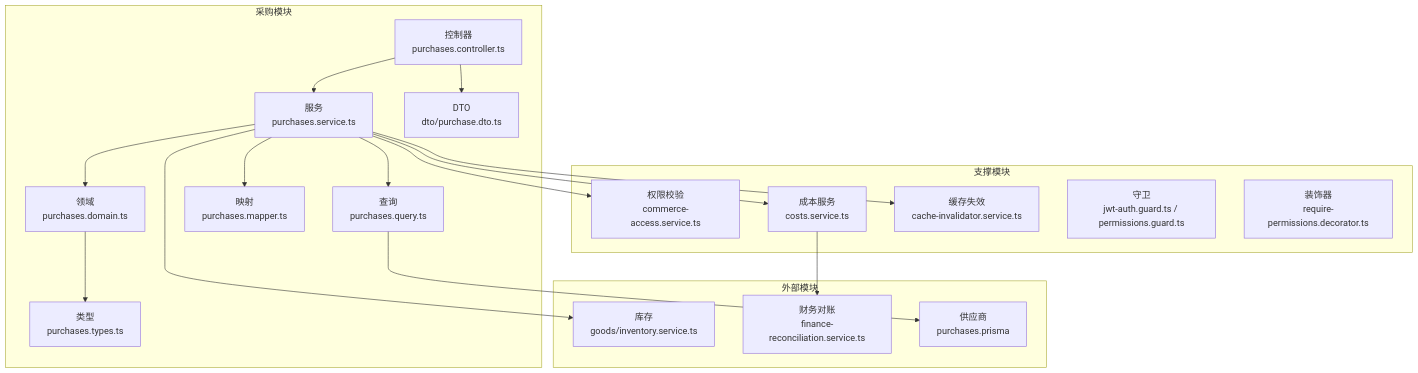
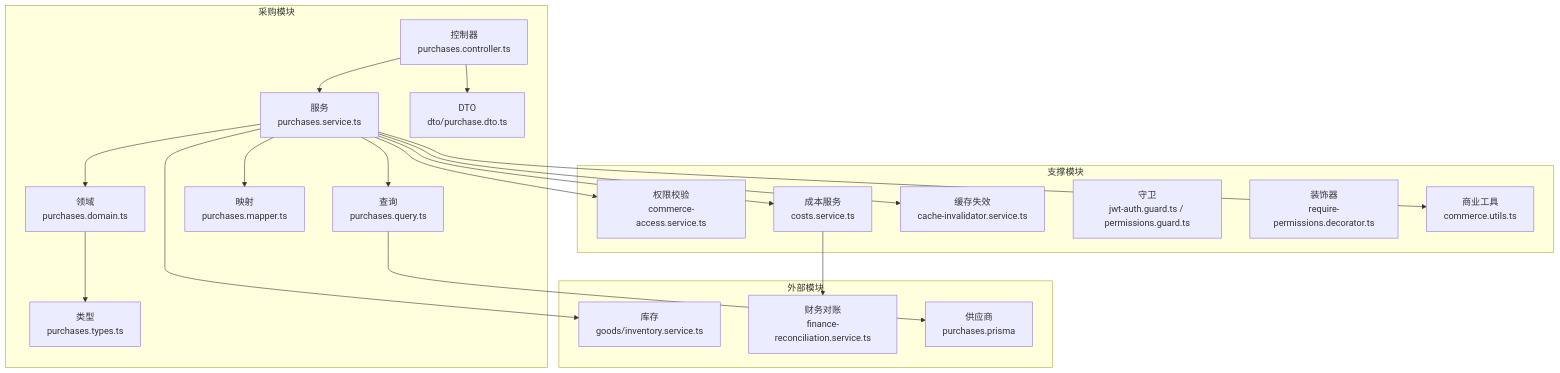
One commit to rc558620/purelyprofit-server changed the first of 7 diagrams in .qoder/repowiki/zh/content/业务模块/运营管理模块/采购管理.md. Above: the diagram before and after it, drawn with Mermaid. The commit also changed other lines of this file and 25 other files, not shown here.

````diff
--- a/.qoder/repowiki/zh/content/业务模块/运营管理模块/采购管理.md
+++ b/.qoder/repowiki/zh/content/业务模块/运营管理模块/采购管理.md
@@ -47,36 +55,38 @@
 ```mermaid
 graph TB
 subgraph "采购模块"
 C["控制器<br/>purchases.controller.ts"]
 S["服务<br/>purchases.service.ts"]
 D["领域<br/>purchases.domain.ts"]
 Q["查询<br/>purchases.query.ts"]
 M["映射<br/>purchases.mapper.ts"]
 T["类型<br/>purchases.types.ts"]
 DTO["DTO<br/>dto/purchase.dto.ts"]
 end
 subgraph "支撑模块"
 CA["权限校验<br/>commerce-access.service.ts"]
 CS["成本服务<br/>costs.service.ts"]
 CI["缓存失效<br/>cache-invalidator.service.ts"]
 GUARD["守卫<br/>jwt-auth.guard.ts / permissions.guard.ts"]
 DEC["装饰器<br/>require-permissions.decorator.ts"]
+CU["商业工具<br/>commerce.utils.ts"]
 end
 subgraph "外部模块"
 INV["库存<br/>goods/inventory.service.ts"]
 FIN["财务对账<br/>finance-reconciliation.service.ts"]
 SUP["供应商<br/>purchases.prisma"]
 end
 C --> S
 S --> D
 S --> Q
 S --> M
 S --> CS
 S --> CI
 S --> CA
+S --> CU
 C --> DTO
 D --> T
 Q --> SUP
 CS --> FIN
 S --> INV
 ```
````
